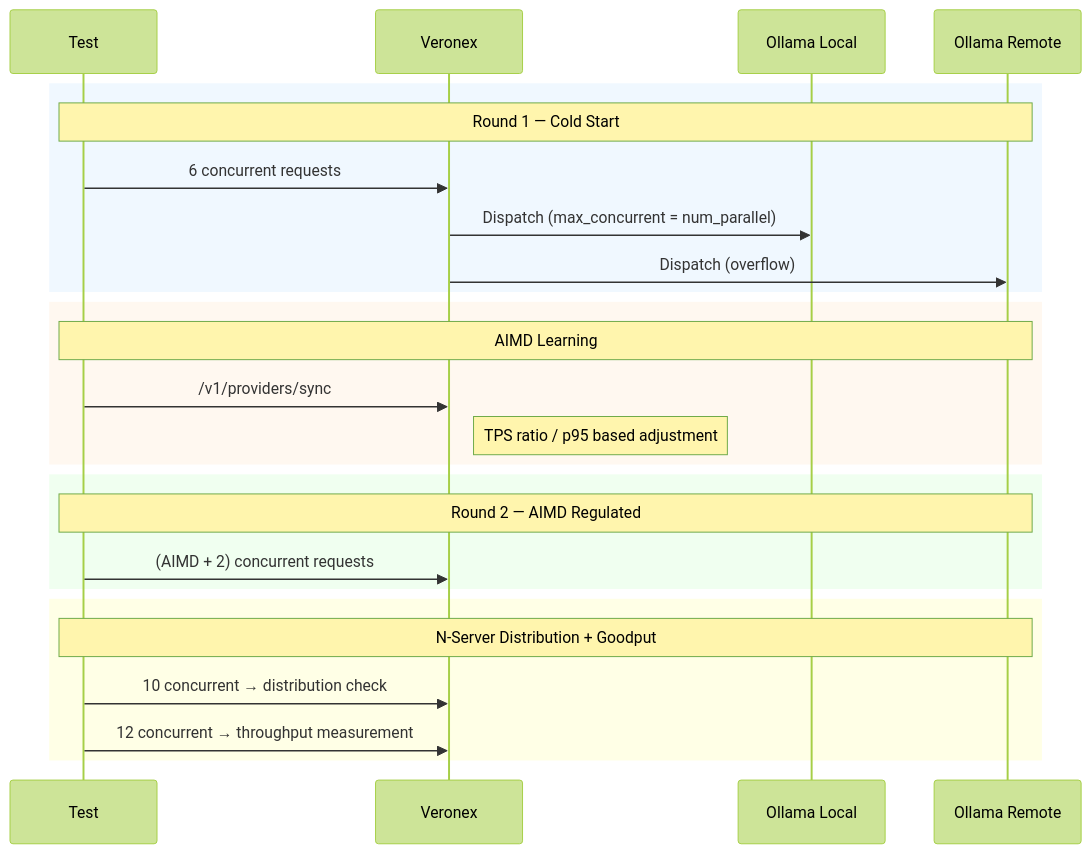
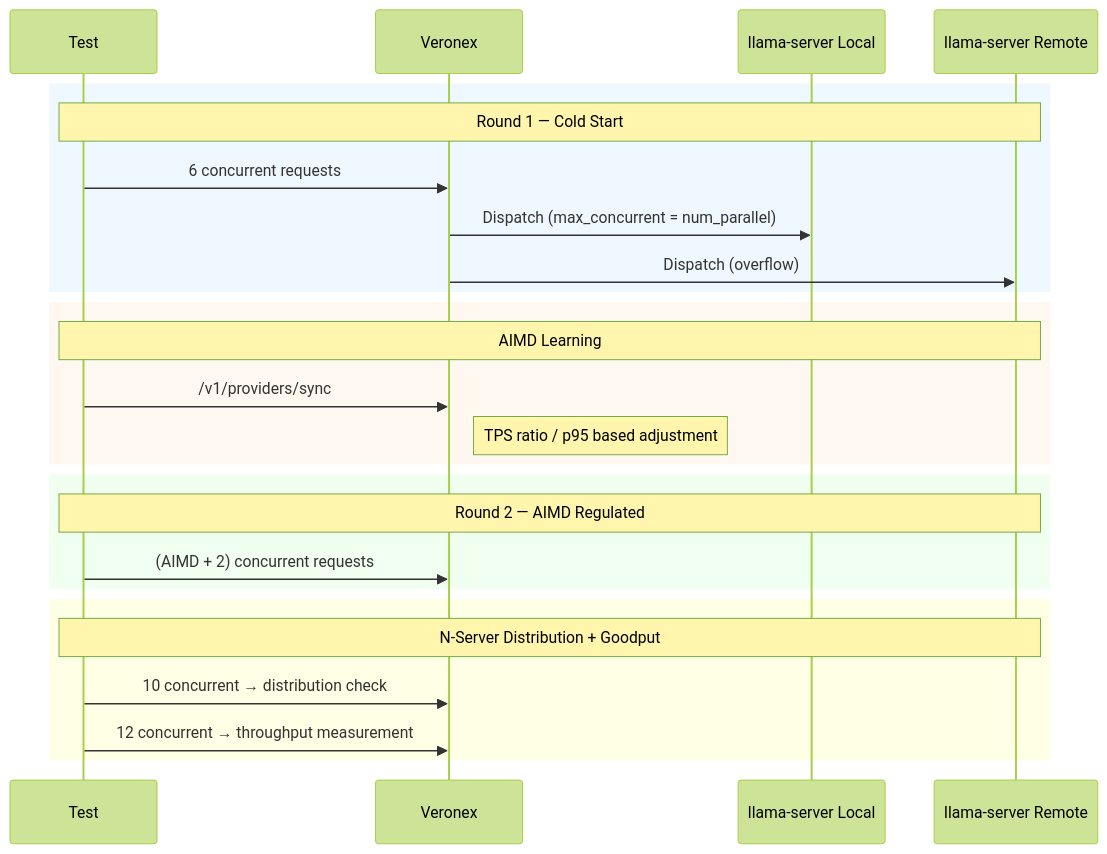
Before and after one commit to beegy-labs/veronex: the fourth of 10 diagrams in test/scripts/e2e/README.md, drawn with Mermaid (forest theme). The commit also changed other lines of this file and 239 other files, not shown here.

````diff
--- a/test/scripts/e2e/README.md
+++ b/test/scripts/e2e/README.md
@@ -183,31 +183,31 @@
 ```mermaid
 sequenceDiagram
     participant T as Test
     participant API as Veronex
-    participant OL as Ollama Local
-    participant OR as Ollama Remote
+    participant OL as llama-server Local
+    participant OR as llama-server Remote
 
     rect rgb(240,248,255)
         Note over T,OR: Round 1 — Cold Start
         T->>API: 6 concurrent requests
         API->>OL: Dispatch (max_concurrent = num_parallel)
         API->>OR: Dispatch (overflow)
     end
 
     rect rgb(255,248,240)
         Note over T,OR: AIMD Learning
         T->>API: /v1/providers/sync
         Note right of API: TPS ratio / p95 based adjustment
     end
 
     rect rgb(240,255,240)
         Note over T,OR: Round 2 — AIMD Regulated
         T->>API: (AIMD + 2) concurrent requests
     end
 
     rect rgb(255,255,230)
         Note over T,OR: N-Server Distribution + Goodput
         T->>API: 10 concurrent → distribution check
         T->>API: 12 concurrent → throughput measurement
     end
 ```
````
